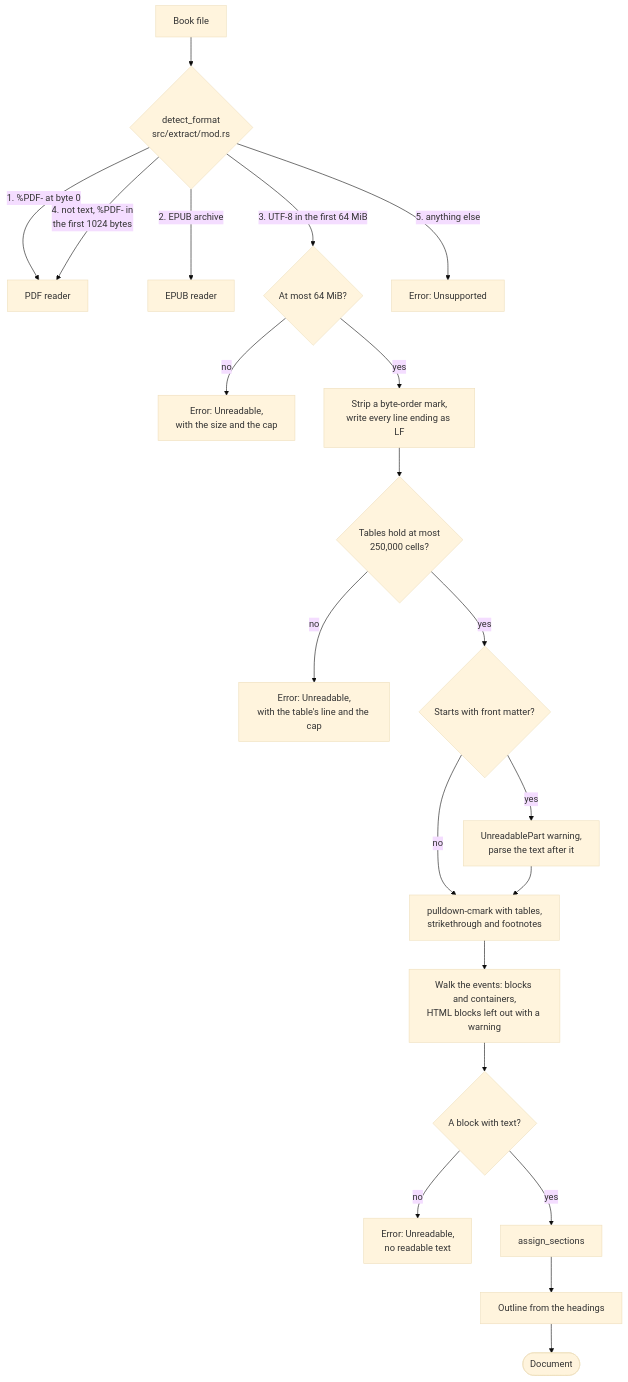
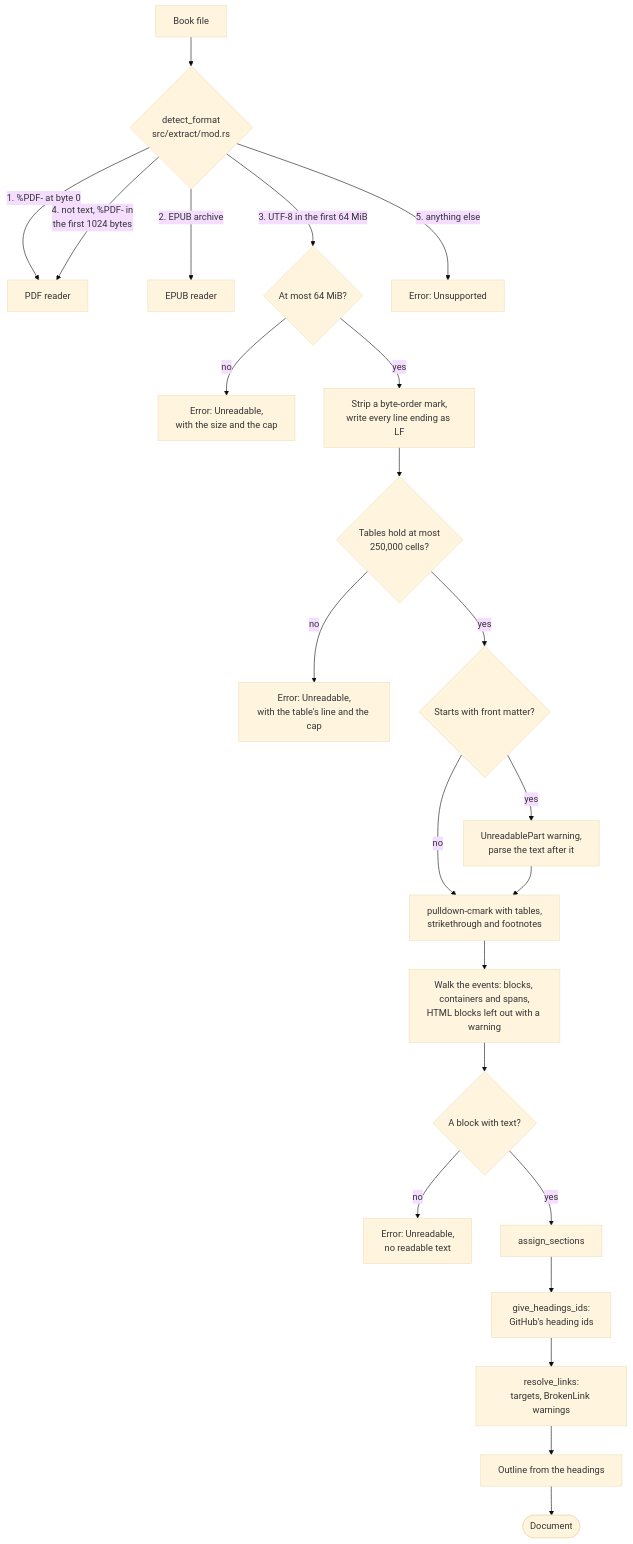
The diagram in docs/markdown-reading.md (AhmedKishki/ebook-hero), drawn with Mermaid (base theme) before and after one commit. The commit also changed other lines of this file and 6 other files, not shown here.

First line of the commit message:
Keep Markdown's inline structure as spans and resolve its links

````diff
--- a/docs/markdown-reading.md
+++ b/docs/markdown-reading.md
@@ -7,23 +7,25 @@
 ```mermaid
 flowchart TD
     file["Book file"] --> detect{"detect_format<br/>src/extract/mod.rs"}
     detect -->|"1. %PDF- at byte 0"| pdf["PDF reader"]
     detect -->|"2. EPUB archive"| epub["EPUB reader"]
     detect -->|"3. UTF-8 in the first 64 MiB"| size{"At most 64 MiB?"}
     detect -->|"4. not text, %PDF- in<br/>the first 1024 bytes"| pdf
     detect -->|"5. anything else"| unsupported["Error: Unsupported"]
     size -->|no| big["Error: Unreadable,<br/>with the size and the cap"]
     size -->|yes| prepare["Strip a byte-order mark,<br/>write every line ending as LF"]
     prepare --> cells{"Tables hold at most<br/>250,000 cells?"}
     cells -->|no| many["Error: Unreadable,<br/>with the table's line and the cap"]
     cells -->|yes| front{"Starts with front matter?"}
     front -->|yes| warn["UnreadablePart warning,<br/>parse the text after it"]
     front -->|no| parse["pulldown-cmark with tables,<br/>strikethrough and footnotes"]
     warn --> parse
-    parse --> walk["Walk the events: blocks and containers,<br/>HTML blocks left out with a warning"]
+    parse --> walk["Walk the events: blocks, containers and spans,<br/>HTML blocks left out with a warning"]
     walk --> any{"A block with text?"}
     any -->|no| err["Error: Unreadable,<br/>no readable text"]
     any -->|yes| sections["assign_sections"]
-    sections --> outline["Outline from the headings"]
+    sections --> ids["give_headings_ids:<br/>GitHub's heading ids"]
+    ids --> links["resolve_links:<br/>targets, BrokenLink warnings"]
+    links --> outline["Outline from the headings"]
     outline --> doc(["Document"])
 ```
````
